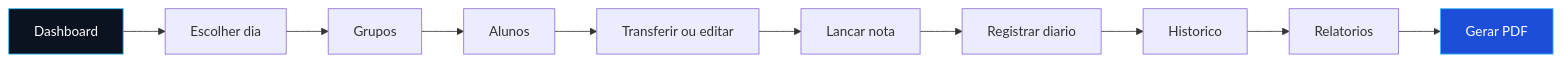
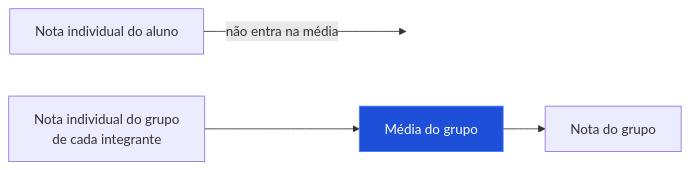
One commit to callmekaue/class-management changed the first of 2 diagrams in README.md. Above: the diagram before and after it, drawn with Mermaid. The commit also changed other lines of this file and 15 other files, not shown here.

````diff
--- a/README.md
+++ b/README.md
@@ -171,15 +194,8 @@
 ```mermaid
 flowchart LR
-    A[Dashboard] --> B[Escolher dia]
-    B --> C[Grupos]
-    C --> D[Alunos]
-    D --> E[Transferir ou editar]
-    E --> F[Lancar nota]
-    F --> G[Registrar diario]
-    G --> H[Historico]
-    H --> I[Relatorios]
-    I --> J[Gerar PDF]
-
-    style A fill:#0b1220,stroke:#38bdf8,color:#ffffff
-    style J fill:#1d4ed8,stroke:#38bdf8,color:#ffffff
+    A[Nota individual do aluno] -->|não entra na média| X[ ]
+    B[Nota individual do grupo<br/>de cada integrante] --> M[Média do grupo]
+    M --> G[Nota do grupo]
+    style X fill:none,stroke:none
+    style M fill:#1D4FD8,stroke:#3D7BFF,color:#ffffff
 ```
````
